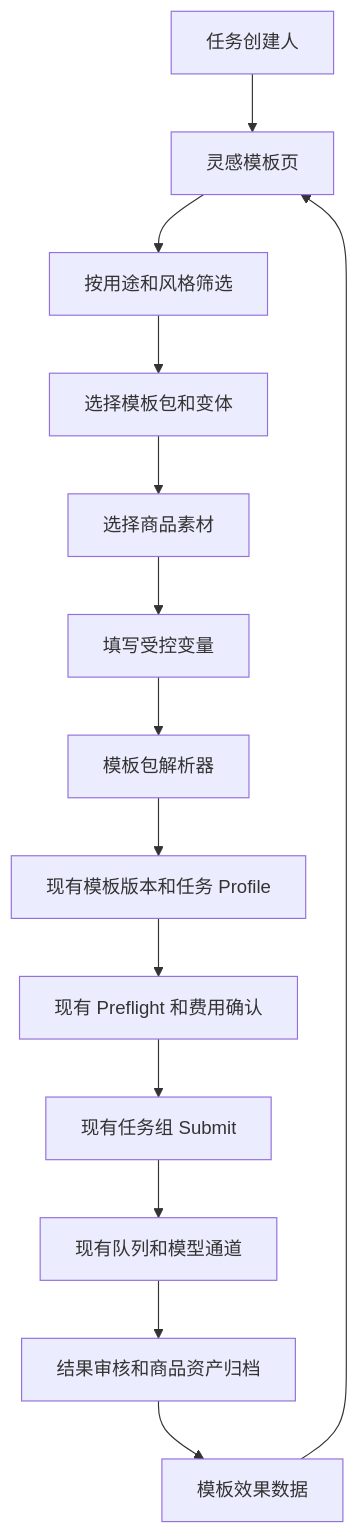
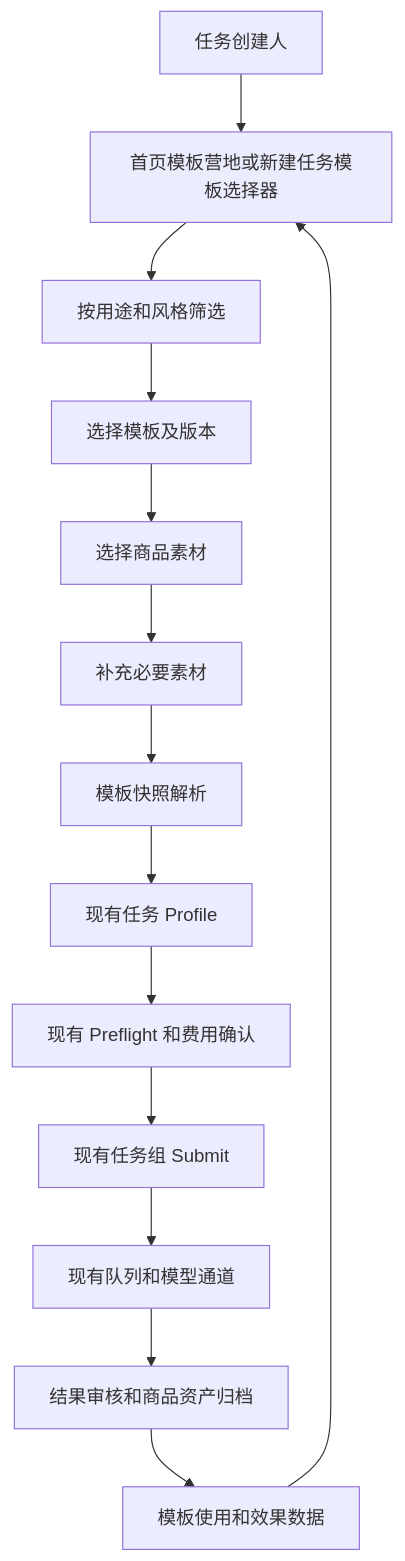
Diagram 11 of 11 in docs/product/PRD-V2.3.md (WoodWater-ai/EC-AIGC), drawn with Mermaid before and after one commit. The commit also changed other lines of this file and 83 other files, not shown here.

````diff
--- a/docs/product/PRD-V2.3.md
+++ b/docs/product/PRD-V2.3.md
@@ -1886,16 +1886,16 @@
 ```mermaid
 flowchart TB
-    U["任务创建人"] --> G["灵感模板页"]
+    U["任务创建人"] --> G["首页模板营地或新建任务模板选择器"]
     G --> S["按用途和风格筛选"]
-    S --> P["选择模板包和变体"]
+    S --> P["选择模板及版本"]
     P --> A["选择商品素材"]
-    A --> C["填写受控变量"]
-    C --> R["模板包解析器"]
-    R --> T["现有模板版本和任务 Profile"]
+    A --> C["补充必要素材"]
+    C --> R["模板快照解析"]
+    R --> T["现有任务 Profile"]
     T --> F["现有 Preflight 和费用确认"]
     F --> Q["现有任务组 Submit"]
     Q --> W["现有队列和模型通道"]
     W --> M["结果审核和商品资产归档"]
-    M --> D["模板效果数据"]
+    M --> D["模板使用和效果数据"]
     D --> G
 ```
````
